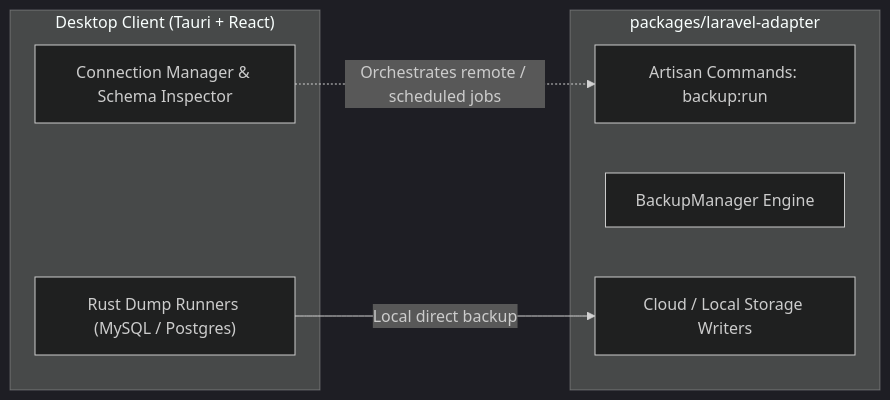
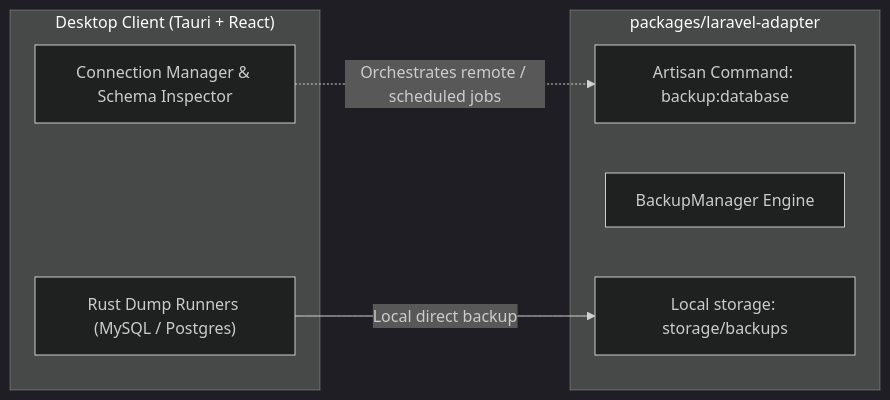
Before and after one commit to programinglive/dbpinball: the diagram in docs/monorepo-laravel-adapter.md, drawn with Mermaid (dark theme). The commit also changed other lines of this file and 5 other files, not shown here.

````diff
--- a/docs/monorepo-laravel-adapter.md
+++ b/docs/monorepo-laravel-adapter.md
@@ -11,16 +11,16 @@
 ```mermaid
 flowchart LR
     subgraph UI["Desktop Client (Tauri + React)"]
         GUI["Connection Manager & Schema Inspector"]
         NativeRunners["Rust Dump Runners (MySQL / Postgres)"]
     end
     
     subgraph Adapter["packages/laravel-adapter"]
-        Artisan["Artisan Commands: backup:run"]
+        Artisan["Artisan Command: backup:database"]
         Manager["BackupManager Engine"]
-        Storage["Cloud / Local Storage Writers"]
+        Storage["Local storage: storage/backups"]
     end
     
     GUI -.->|Orchestrates remote / scheduled jobs| Artisan
     NativeRunners -->|Local direct backup| Storage
 ```
````
